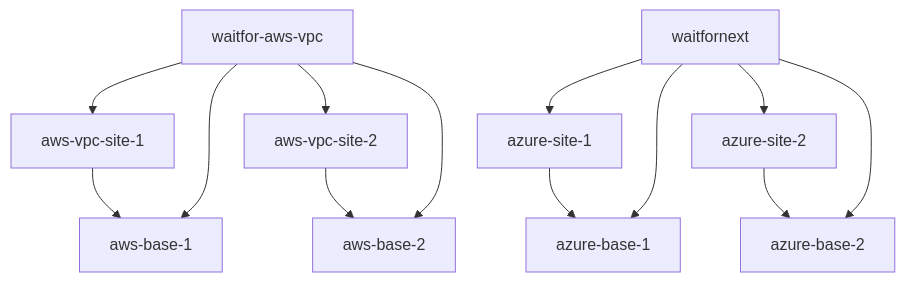
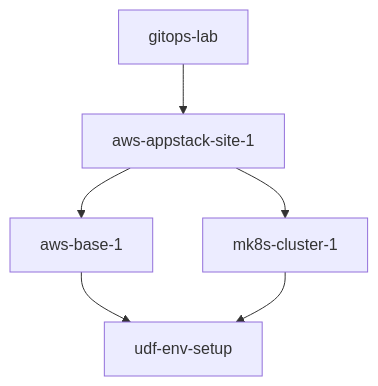
Before and after one commit to f5devcentral/terraform-modular-demo-framework: the second of 2 diagrams in README.md, drawn with Mermaid. The commit also changed 6 other files, not shown here.

Commit message:
gitops lab setup

````diff
--- a/README.md
+++ b/README.md
@@ -54,16 +54,8 @@
 ```mermaid
 graph TD
-  aws-vpc-site-1-->aws-base-1;
-  aws-vpc-site-2-->aws-base-2;
-  azure-site-1-->azure-base-1;
-  azure-site-2-->azure-base-2;
-  waitfor-aws-vpc-->aws-base-1;
-  waitfor-aws-vpc-->aws-vpc-site-1;
-  waitfor-aws-vpc-->aws-base-2;
-  waitfor-aws-vpc-->aws-vpc-site-2;
-  waitfornext-->azure-base-1;
-  waitfornext-->azure-site-1;
-  waitfornext-->azure-base-2;
-  waitfornext-->azure-site-2;
-
+  aws-appstack-site-1 --> aws-base-1;
+  aws-appstack-site-1 --> mk8s-cluster-1;
+  aws-base-1 --> udf-env-setup;
+  gitops-lab --> aws-appstack-site-1;
+  mk8s-cluster-1 --> udf-env-setup;
 ```
````
